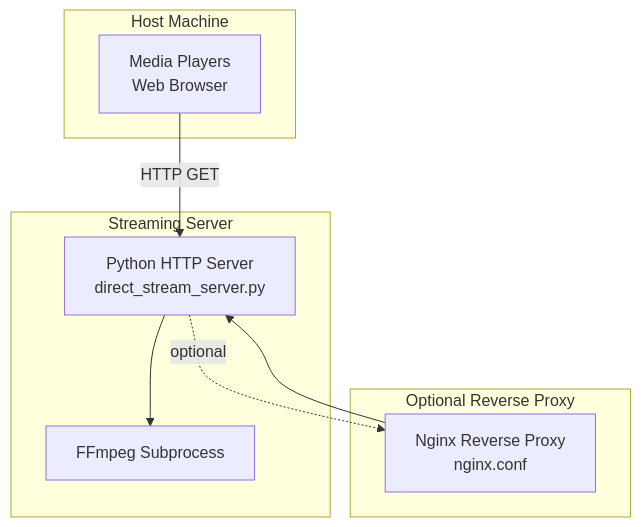
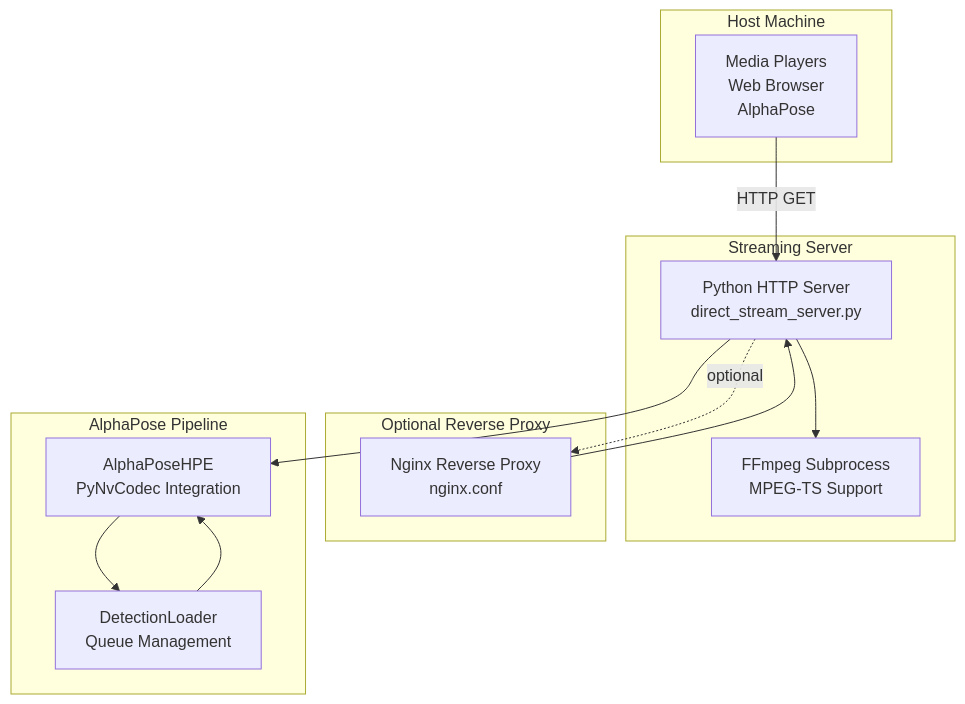
Before and after one commit to Fogus-Gr/MeasurementsDTs: the first of 4 diagrams in .qoder/repowiki/en/content/Deployment Infrastructure/HTTP Streaming Server.md, drawn with Mermaid. The commit also changed other lines of this file and 10 other files, not shown here.

````diff
--- a/.qoder/repowiki/en/content/Deployment Infrastructure/HTTP Streaming Server.md
+++ b/.qoder/repowiki/en/content/Deployment Infrastructure/HTTP Streaming Server.md
@@ -43,17 +63,24 @@
 ```mermaid
 graph TB
 subgraph "Host Machine"
-Client["Media Players<br/>Web Browser"]
+Client["Media Players<br/>Web Browser<br/>AlphaPose"]
 end
 subgraph "Streaming Server"
 HTTP["Python HTTP Server<br/>direct_stream_server.py"]
-FF["FFmpeg Subprocess"]
+FF["FFmpeg Subprocess<br/>MPEG-TS Support"]
 end
 subgraph "Optional Reverse Proxy"
 NGINX["Nginx Reverse Proxy<br/>nginx.conf"]
+end
+subgraph "AlphaPose Pipeline"
+AP["AlphaPoseHPE<br/>PyNvCodec Integration"]
+DL["DetectionLoader<br/>Queue Management"]
 end
 Client --> |HTTP GET| HTTP
 HTTP --> FF
 HTTP -. optional .-> NGINX
 NGINX --> HTTP
+HTTP --> AP
+AP --> DL
+DL --> AP
 ```
````
